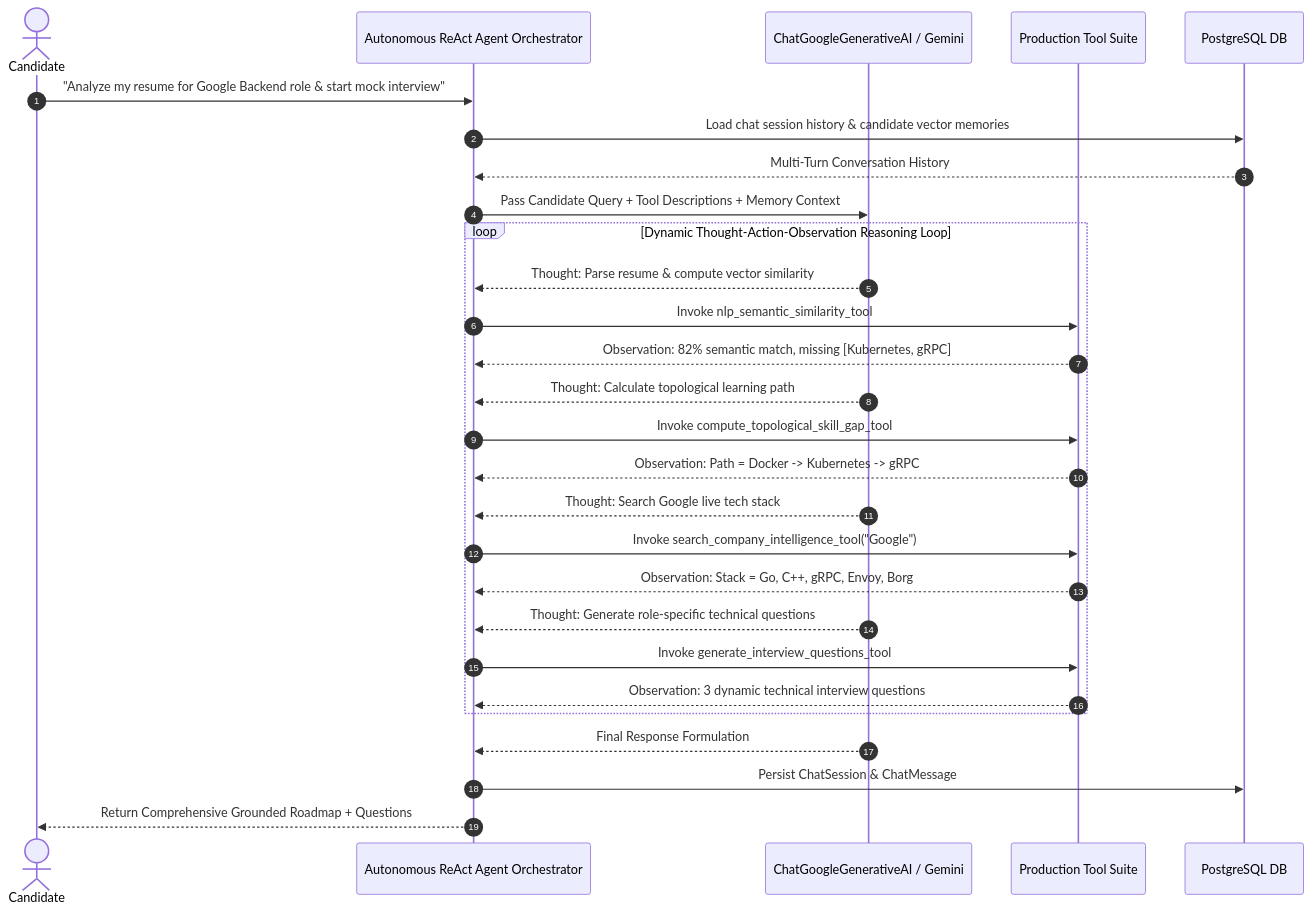
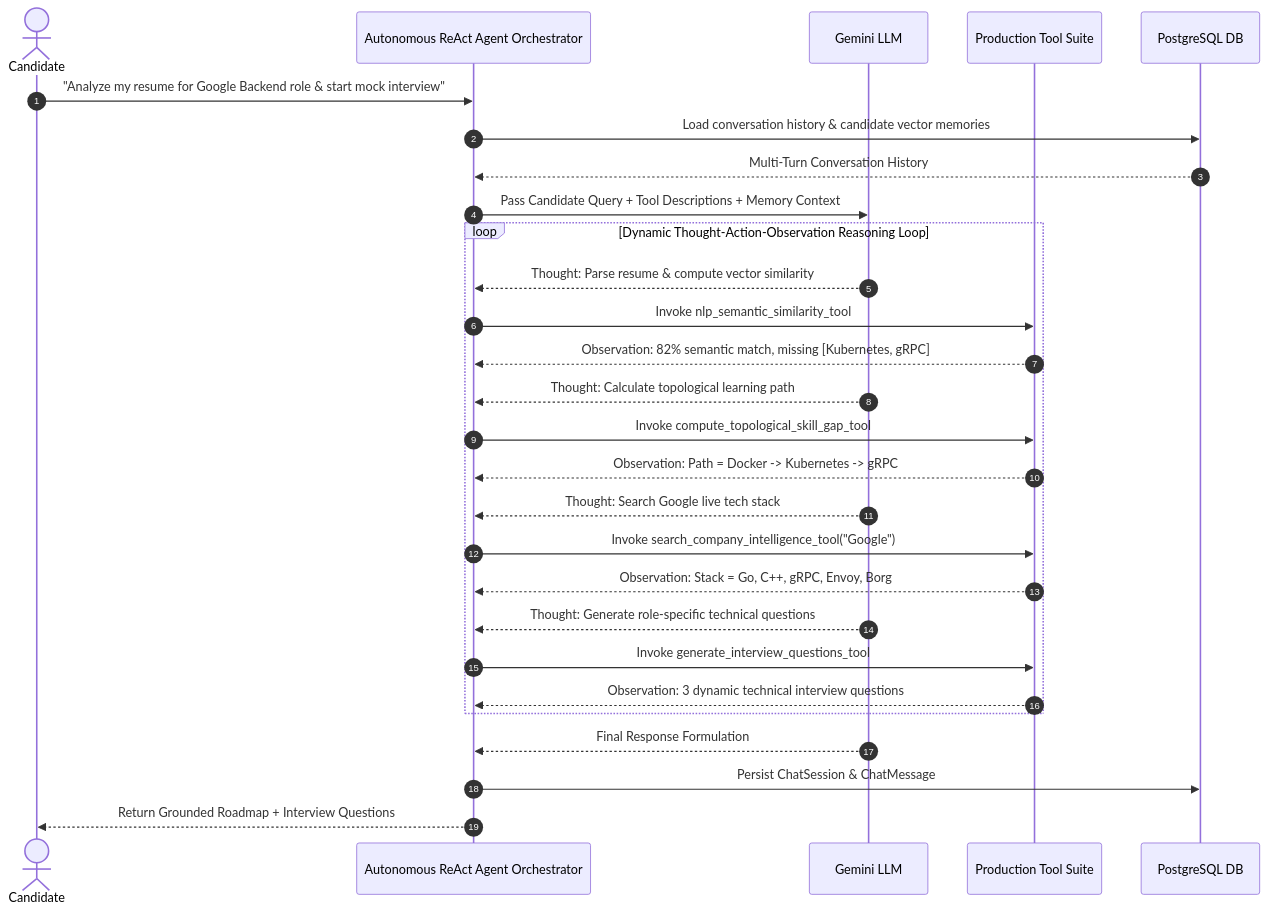
One commit to PavanKalyan1430/A.C.E.-Autonomous-Career-Intelligence-Engine changed the second of 3 diagrams in README.md. Above: the diagram before and after it, drawn with Mermaid. The commit also changed other lines of this file, not shown here.

````diff
--- a/README.md
+++ b/README.md
@@ -85,33 +102,33 @@
 ```mermaid
 sequenceDiagram
     autonumber
     actor Candidate
     participant Agent as Autonomous ReAct Agent Orchestrator
-    participant LLM as ChatGoogleGenerativeAI / Gemini
+    participant LLM as Gemini LLM
     participant Tools as Production Tool Suite
     participant DB as PostgreSQL DB
 
     Candidate->>Agent: "Analyze my resume for Google Backend role & start mock interview"
-    Agent->>DB: Load chat session history & candidate vector memories
+    Agent->>DB: Load conversation history & candidate vector memories
     DB-->>Agent: Multi-Turn Conversation History
     Agent->>LLM: Pass Candidate Query + Tool Descriptions + Memory Context
     
     loop Dynamic Thought-Action-Observation Reasoning Loop
         LLM-->>Agent: Thought: Parse resume & compute vector similarity
         Agent->>Tools: Invoke nlp_semantic_similarity_tool
         Tools-->>Agent: Observation: 82% semantic match, missing [Kubernetes, gRPC]
         LLM-->>Agent: Thought: Calculate topological learning path
         Agent->>Tools: Invoke compute_topological_skill_gap_tool
         Tools-->>Agent: Observation: Path = Docker -> Kubernetes -> gRPC
         LLM-->>Agent: Thought: Search Google live tech stack
         Agent->>Tools: Invoke search_company_intelligence_tool("Google")
         Tools-->>Agent: Observation: Stack = Go, C++, gRPC, Envoy, Borg
         LLM-->>Agent: Thought: Generate role-specific technical questions
         Agent->>Tools: Invoke generate_interview_questions_tool
         Tools-->>Agent: Observation: 3 dynamic technical interview questions
     end
 
     LLM-->>Agent: Final Response Formulation
     Agent->>DB: Persist ChatSession & ChatMessage
-    Agent-->>Candidate: Return Comprehensive Grounded Roadmap + Questions
+    Agent-->>Candidate: Return Grounded Roadmap + Interview Questions
 ```
````
